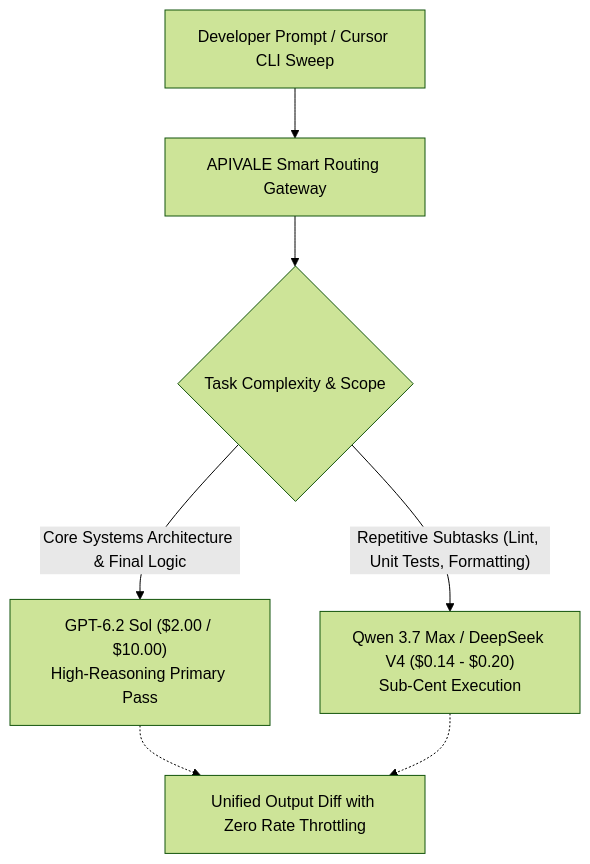
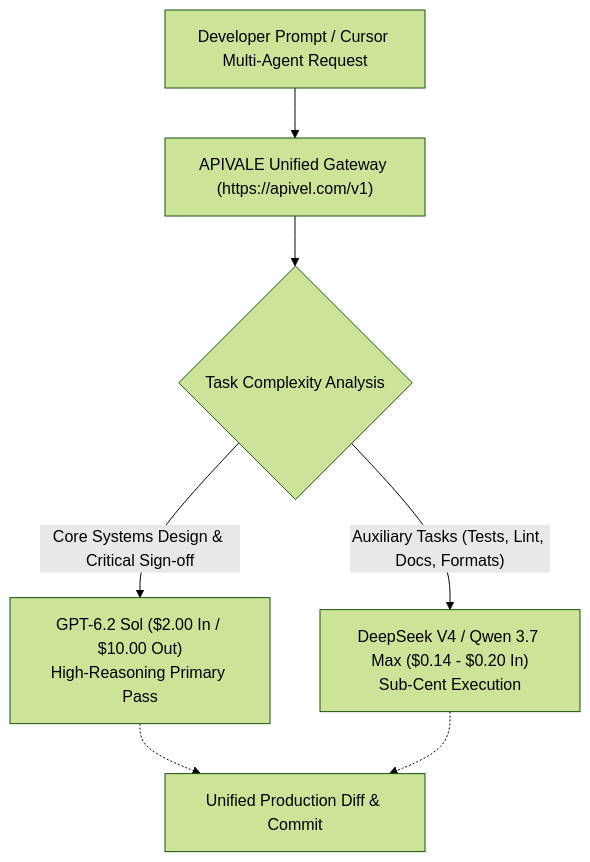
The second of 2 diagrams in src/content/blog/gpt-6-2-sol-api-pricing-benchmarks.md (bshx2024/apivel_blog), drawn with Mermaid (forest theme) before and after one commit. The commit also changed other lines of this file and 5 other files, not shown here.

````diff
--- a/src/content/blog/gpt-6-2-sol-api-pricing-benchmarks.md
+++ b/src/content/blog/gpt-6-2-sol-api-pricing-benchmarks.md
@@ -113,9 +129,9 @@
 ```mermaid
-graph TD
-    User["Developer Prompt / Cursor CLI Sweep"] --> Gateway["APIVALE Smart Routing Gateway"]
-    Gateway --> Classify{"Task Complexity & Scope"}
-    Classify -- "Core Systems Architecture & Final Logic" --> Sol["GPT-6.2 Sol ($2.00 / $10.00)<br/>High-Reasoning Primary Pass"]
-    Classify -- "Repetitive Subtasks (Lint, Unit Tests, Formatting)" --> FastTier["Qwen 3.7 Max / DeepSeek V4 ($0.14 - $0.20)<br/>Sub-Cent Execution"]
-    Sol -.-> Combine["Unified Output Diff with Zero Rate Throttling"]
-    FastTier -.-> Combine
+flowchart TD
+    User["Developer Prompt / Cursor Multi-Agent Request"] --> Gateway["APIVALE Unified Gateway (https://apivel.com/v1)"]
+    Gateway --> Classify{"Task Complexity Analysis"}
+    Classify -- "Core Systems Design & Critical Sign-off" --> Sol["GPT-6.2 Sol ($2.00 In / $10.00 Out)<br/>High-Reasoning Primary Pass"]
+    Classify -- "Auxiliary Tasks (Tests, Lint, Docs, Formats)" --> FastTier["DeepSeek V4 / Qwen 3.7 Max ($0.14 - $0.20 In)<br/>Sub-Cent Execution"]
+    Sol -.-> Merge["Unified Production Diff & Commit"]
+    FastTier -.-> Merge
 ```
````
